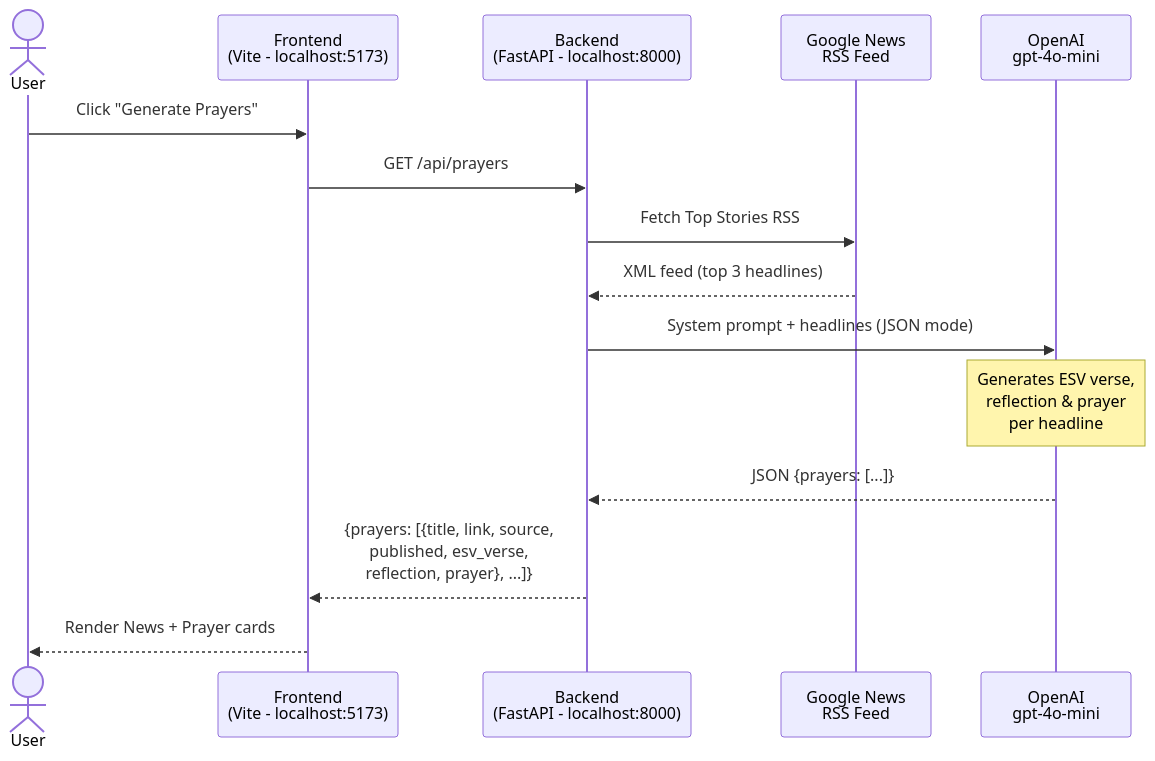
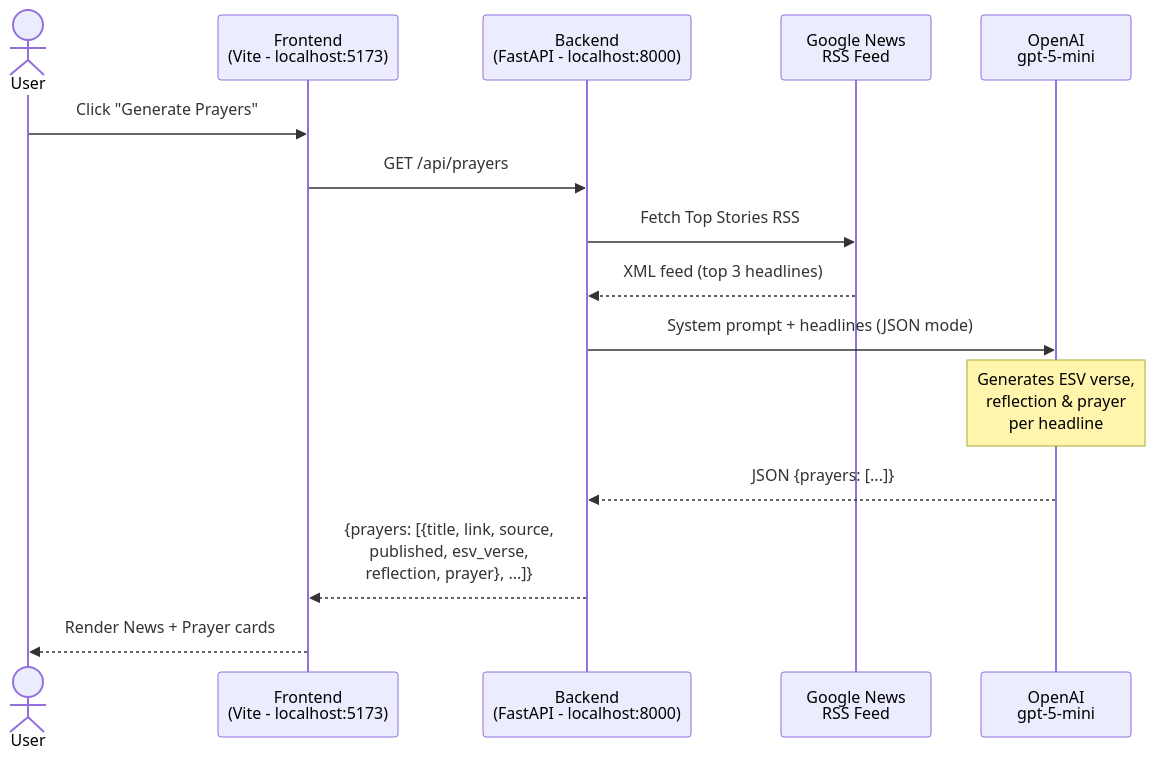
Before and after one commit to m2web/intercede: the diagram in README.md, drawn with Mermaid.

Commit message:
:pencil2: docs: Update OpenAI model name from gpt-4o-mini to gpt-5-mini in README.

````diff
--- a/README.md
+++ b/README.md
@@ -12,18 +12,18 @@
 ```mermaid
 sequenceDiagram
     actor User
     participant FE as Frontend<br/>(Vite - localhost:5173)
     participant BE as Backend<br/>(FastAPI - localhost:8000)
     participant RSS as Google News<br/>RSS Feed
-    participant AI as OpenAI<br/>gpt-4o-mini
+    participant AI as OpenAI<br/>gpt-5-mini
 
     User->>FE: Click "Generate Prayers"
     FE->>BE: GET /api/prayers
     BE->>RSS: Fetch Top Stories RSS
     RSS-->>BE: XML feed (top 3 headlines)
     BE->>AI: System prompt + headlines (JSON mode)
     Note over AI: Generates ESV verse,<br/>reflection & prayer<br/>per headline
     AI-->>BE: JSON {prayers: [...]}
     BE-->>FE: {prayers: [{title, link, source,<br/>published, esv_verse,<br/>reflection, prayer}, ...]}
     FE-->>User: Render News + Prayer cards
 ```
````
